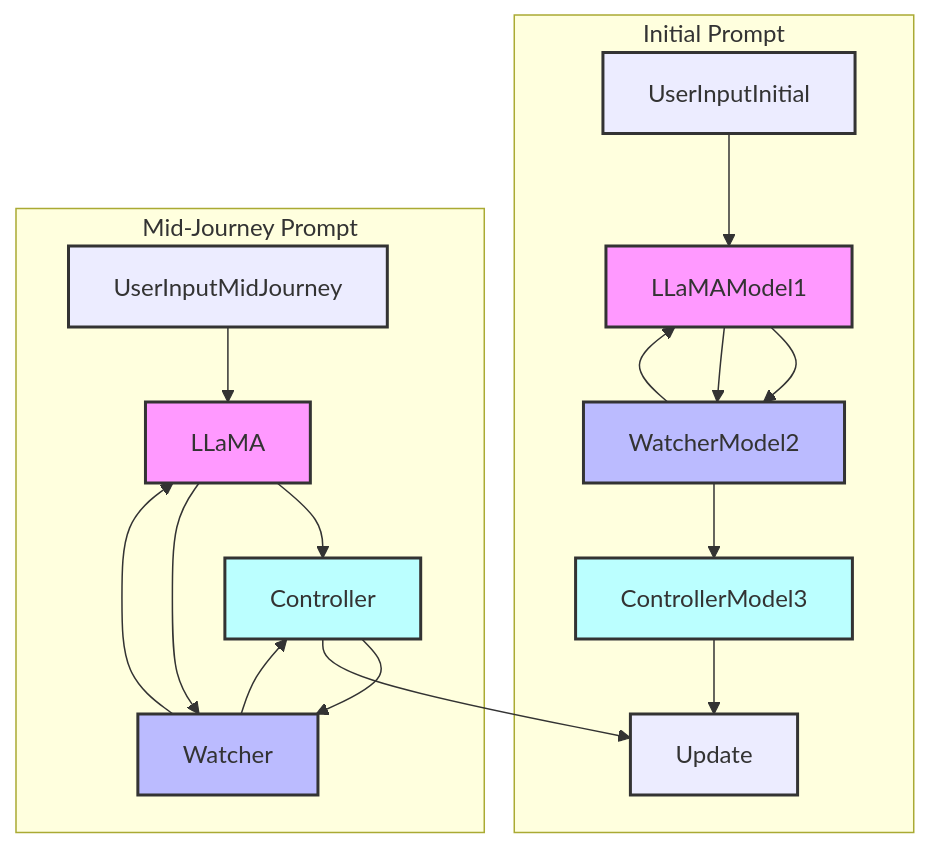
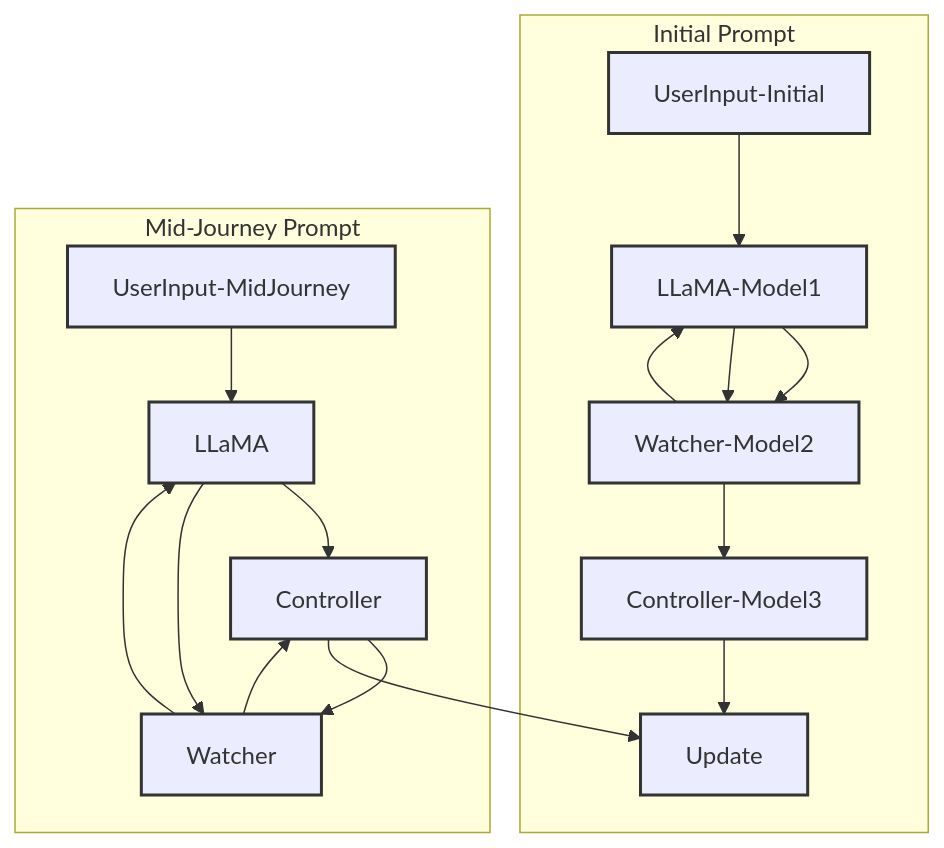
Before and after one commit to gitYourbits/LUCI: the diagram in README.md, drawn with Mermaid.

````diff
--- a/README.md
+++ b/README.md
@@ -67,36 +67,36 @@
 ```mermaid
 graph TD
     subgraph Scenario1 [Initial Prompt]
-        UserInputInitial --> LLaMAModel1
-        LLaMAModel1 --> WatcherModel2
-        WatcherModel2 --> LLaMAModel1
-        LLaMAModel1 --> WatcherModel2
-        WatcherModel2 --> ControllerModel3
-        ControllerModel3 --> Update
+        UserInput-Initial --> LLaMA-Model1
+        LLaMA-Model1 --> Watcher-Model2
+        Watcher-Model2 --> LLaMA-Model1
+        LLaMA-Model1 --> Watcher-Model2
+        Watcher-Model2 --> Controller-Model3
+        Controller-Model3 --> Update
     end
 
     subgraph Scenario2 [Mid-Journey Prompt]
-        UserInputMidJourney --> LLaMA
+        UserInput-MidJourney --> LLaMA
         LLaMA --> Controller
         Controller --> Watcher
         Watcher --> LLaMA
         LLaMA --> Watcher
         Watcher --> Controller
         Controller --> Update
     end
 
     classDef startStyle stroke:#333,stroke-width:2px;
-    class UserInputInitial,UserInputMidJourney startStyle;
+    class UserInput-Initial,UserInput-MidJourney startStyle;
 
-    classDef llamaStyle fill:#f9f,stroke:#333,stroke-width:2px;
-    class LLaMAModel1,LLaMA llamaStyle;
+    classDef llamaStyle stroke:#333,stroke-width:2px;
+    class LLaMA-Model1,LLaMA llamaStyle;
 
-    classDef watcherStyle fill:#bbf,stroke:#333,stroke-width:2px;
-    class WatcherModel2,Watcher watcherStyle;
+    classDef watcherStyle stroke:#333,stroke-width:2px;
+    class Watcher-Model2,Watcher watcherStyle;
 
-    classDef controllerStyle fill:#bff,stroke:#333,stroke-width:2px;
-    class ControllerModel3,Controller controllerStyle;
+    classDef controllerStyle stroke:#333,stroke-width:2px;
+    class Controller-Model3,Controller controllerStyle;
 
     classDef endStyle stroke:#333,stroke-width:2px;
     class Update endStyle;
 ```
````
